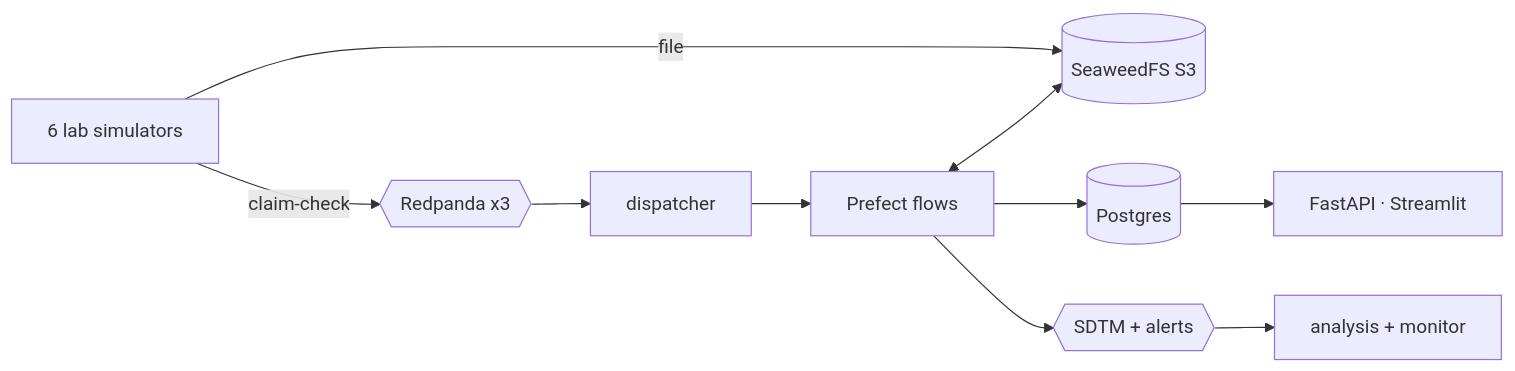
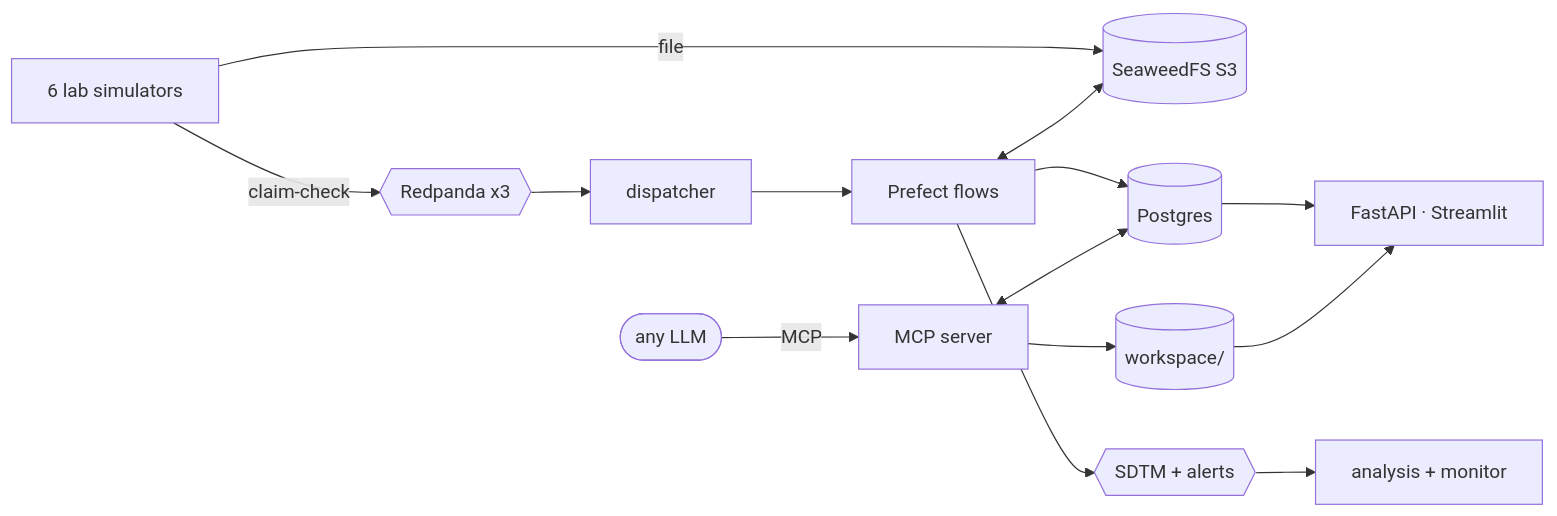
One commit to noverney/multi-omics changed the diagram in README.md. Above: the diagram before and after it, drawn with Mermaid. The commit also changed other lines of this file and 36 other files, not shown here.

````diff
--- a/README.md
+++ b/README.md
@@ -16,11 +18,13 @@
 ```mermaid
 flowchart LR
   labs["6 lab simulators"] -- file --> s3[("SeaweedFS S3")]
   labs -- claim-check --> rp{{"Redpanda x3"}}
   rp --> dsp["dispatcher"] --> pf["Prefect flows"]
   pf <--> s3
   pf --> pg[("Postgres")]
   pf --> topics{{"SDTM + alerts"}}
   topics --> consumers["analysis + monitor"]
   pg --> access["FastAPI · Streamlit"]
+  llm(["any LLM"]) -- MCP --> agent["MCP server"] <--> pg
+  agent --> ws[("workspace/")] --> access
 ```
````
